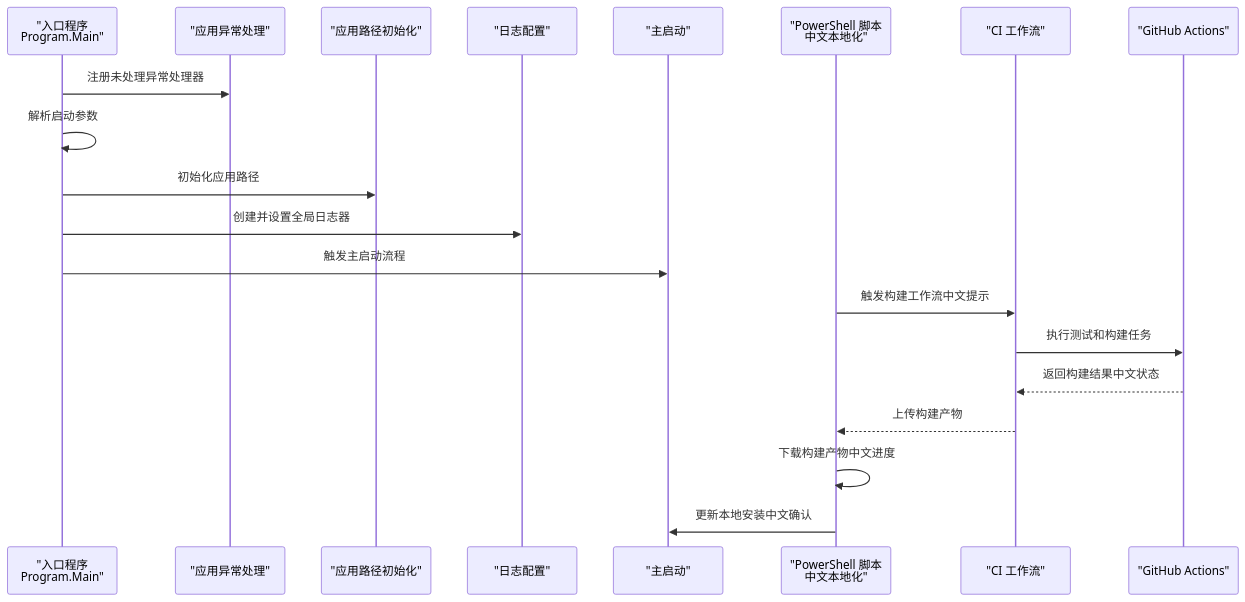
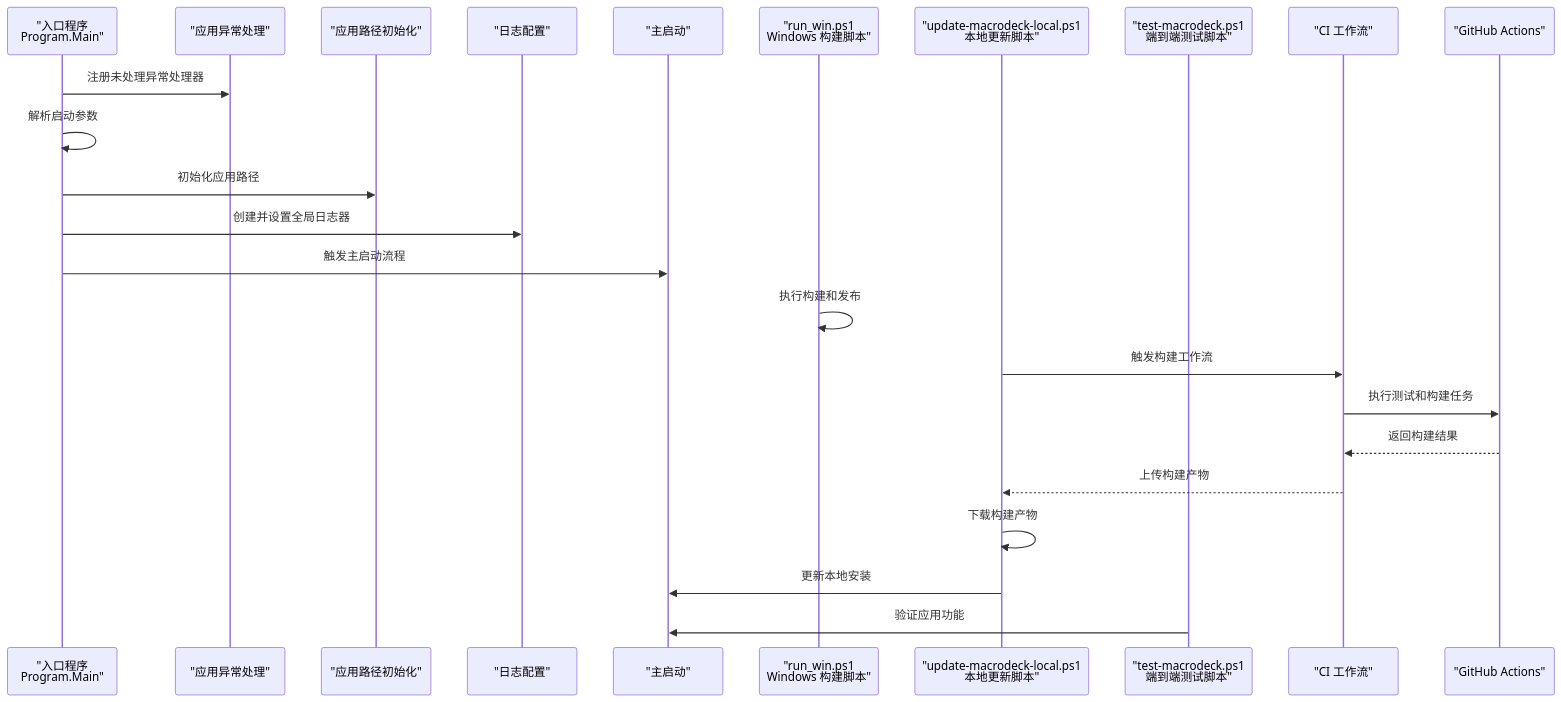
Before and after one commit to tea4go/Macro-Deck: the second of 5 diagrams in .qoder/repowiki/zh/content/开发者指南/开发者指南.md, drawn with Mermaid. The commit also changed other lines of this file and 42 other files, not shown here.

````diff
--- a/.qoder/repowiki/zh/content/开发者指南/开发者指南.md
+++ b/.qoder/repowiki/zh/content/开发者指南/开发者指南.md
@@ -106,22 +117,26 @@
 ```mermaid
 sequenceDiagram
 participant Entry as "入口程序<br/>Program.Main"
 participant App as "应用异常处理"
 participant Paths as "应用路径初始化"
 participant Logger as "日志配置"
 participant Host as "主启动"
-participant PS as "PowerShell 脚本<br/>中文本地化"
+participant RunWin as "run_win.ps1<br/>Windows 构建脚本"
+participant UpdateLocal as "update-macrodeck-local.ps1<br/>本地更新脚本"
+participant TestScript as "test-macrodeck.ps1<br/>端到端测试脚本"
 participant CI as "CI 工作流"
 participant GH as "GitHub Actions"
 Entry->>App : 注册未处理异常处理器
 Entry->>Entry : 解析启动参数
 Entry->>Paths : 初始化应用路径
 Entry->>Logger : 创建并设置全局日志器
 Entry->>Host : 触发主启动流程
-PS->>CI : 触发构建工作流中文提示
+RunWin->>RunWin : 执行构建和发布
+UpdateLocal->>CI : 触发构建工作流
 CI->>GH : 执行测试和构建任务
-GH-->>CI : 返回构建结果中文状态
-CI-->>PS : 上传构建产物
-PS->>PS : 下载构建产物中文进度
-PS->>Host : 更新本地安装中文确认
+GH-->>CI : 返回构建结果
+CI-->>UpdateLocal : 上传构建产物
+UpdateLocal->>UpdateLocal : 下载构建产物
+UpdateLocal->>Host : 更新本地安装
+TestScript->>Host : 验证应用功能
 ```
````
